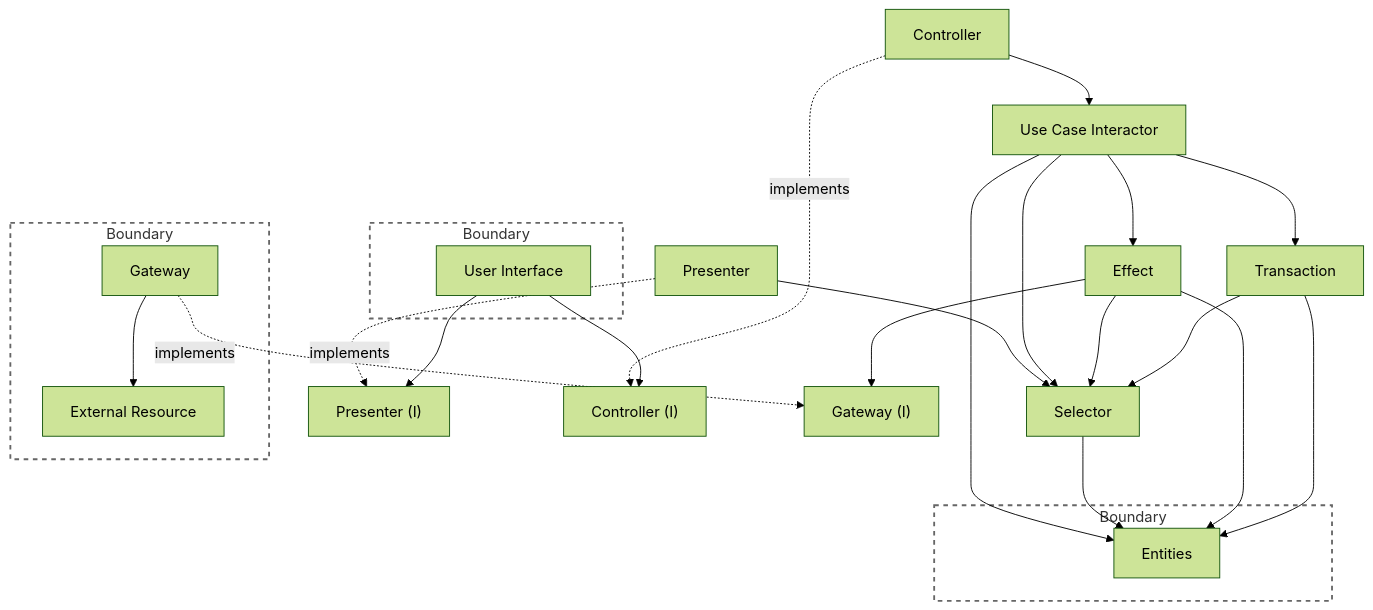
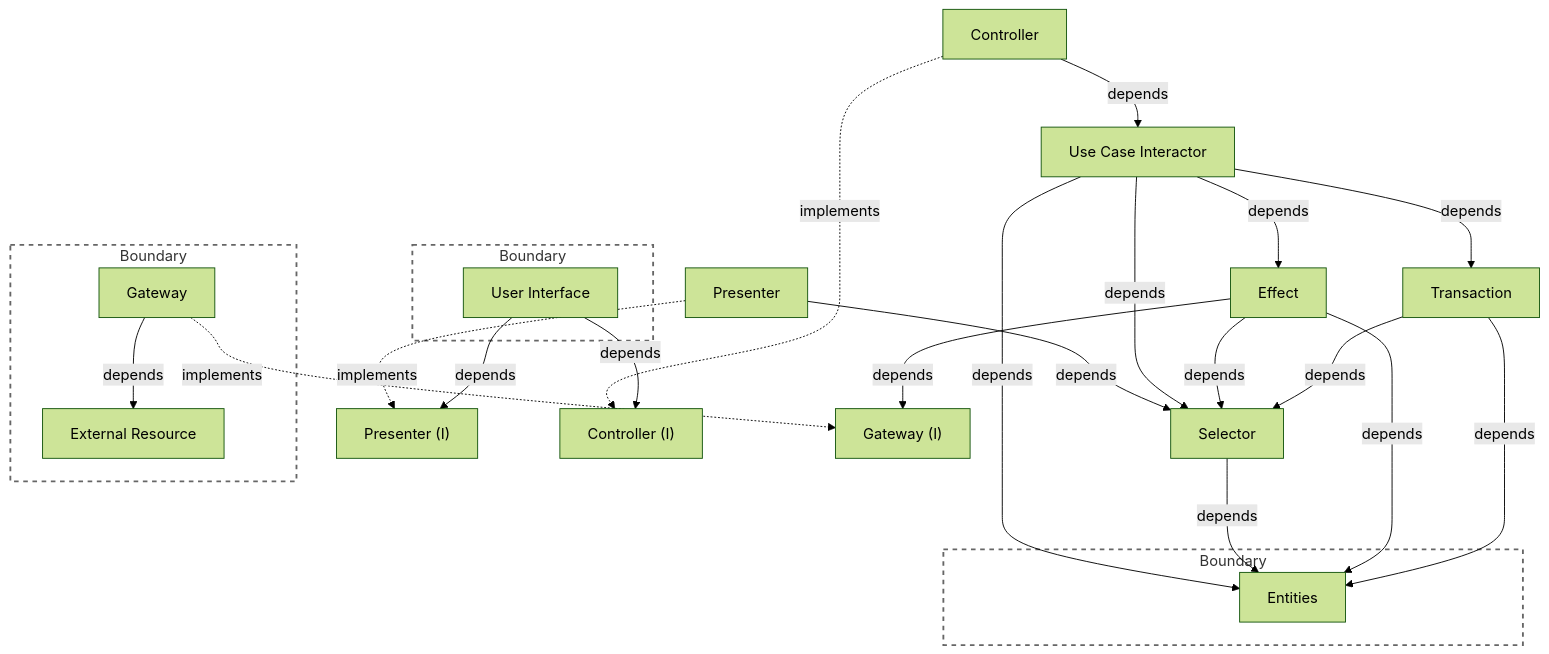
The sixth of 16 diagrams in docs/architecture.md (clean-reactive/documentation), drawn with Mermaid (forest theme) before and after one commit. The commit also changed other lines of this file, not shown here.

Commit message:
Architecture: label arrows in mermaid diagrams

````diff
--- a/docs/architecture.md
+++ b/docs/architecture.md
@@ -463,51 +463,51 @@
 ```mermaid
 graph TD
 
 subgraph B1["Boundary"]
 G[Gateway]
 ER[External Resource]
 end
 
 subgraph B2["Boundary"]
 UI[User Interface]
 end
 
 subgraph B3["Boundary"]
 E[Entities]
 end
 
 P[Presenter]
 C[Controller]
 PI["Presenter (I)"]
 CI["Controller (I)"]
 GI["Gateway (I)"]
 UC[Use Case Interactor]
 SE[Selector]
 TR[Transaction]
 EF[Effect]
 
 %% implementation relation
 P -. implements .-> PI
 C -. implements .-> CI
 G -. implements .-> GI
 
 %% dependency relation
-UI --> PI
-UI --> CI
-C --> UC
-P --> SE
-UC --> SE
-UC --> EF
-UC --> TR
-UC --> E
-SE --> E
-EF --> SE
-EF --> E
-EF --> GI
-TR --> SE
-TR --> E
-G --> ER
+UI -- depends --> PI
+UI -- depends --> CI
+C -- depends --> UC
+P -- depends --> SE
+UC -- depends --> SE
+UC -- depends --> EF
+UC -- depends --> TR
+UC -- depends --> E
+SE -- depends --> E
+EF -- depends --> SE
+EF -- depends --> E
+EF -- depends --> GI
+TR -- depends --> SE
+TR -- depends --> E
+G -- depends --> ER
 
 classDef boundary fill:none,stroke:#666,stroke-width:2px,stroke-dasharray: 5 5;
 class B1,B2,B3 boundary;
 ```
````
